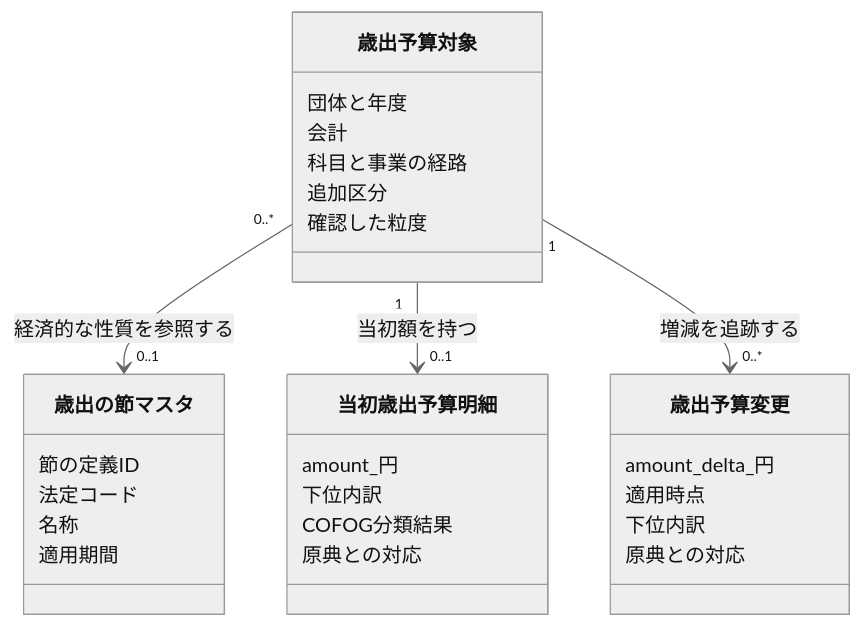
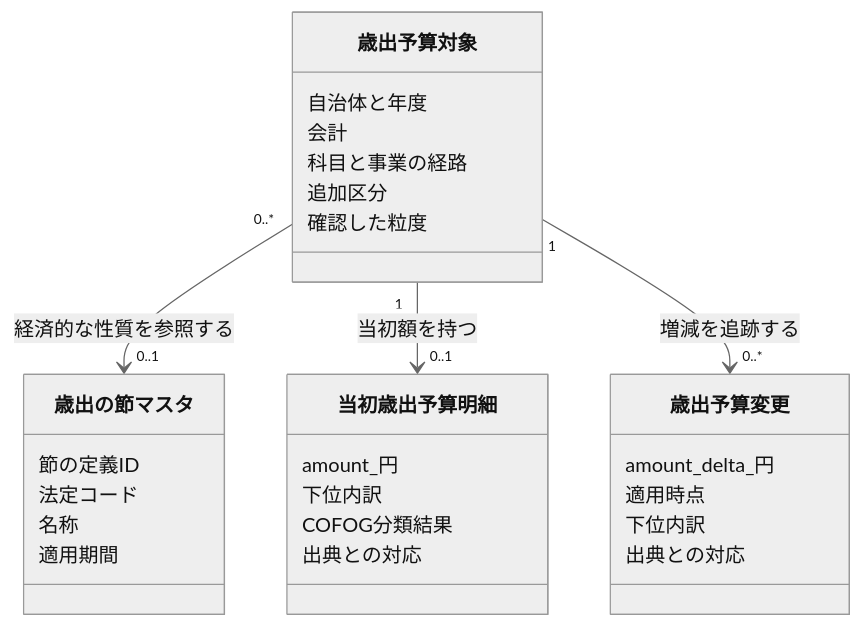
The second of 2 diagrams in docs/prd/fiscal-records/fiscal-domain-model.md (fudoki-hensansitu/fudoki), drawn with Mermaid (neutral theme) before and after one commit. The commit also changed other lines of this file and 203 other files, not shown here.

````diff
--- a/docs/prd/fiscal-records/fiscal-domain-model.md
+++ b/docs/prd/fiscal-records/fiscal-domain-model.md
@@ -79,31 +79,31 @@
 ```mermaid
 classDiagram
     class ExpenditureSetsuMaster["歳出の節マスタ"] {
         節の定義ID
         法定コード
         名称
         適用期間
     }
     class ExpenditureBudgetItem["歳出予算対象"] {
-        団体と年度
+        自治体と年度
         会計
         科目と事業の経路
         追加区分
         確認した粒度
     }
     class InitialExpenditureBudgetLine["当初歳出予算明細"] {
         amount_円
         下位内訳
         COFOG分類結果
-        原典との対応
+        出典との対応
     }
     class ExpenditureBudgetChange["歳出予算変更"] {
         amount_delta_円
         適用時点
         下位内訳
-        原典との対応
+        出典との対応
     }
     ExpenditureBudgetItem "0..*" --> "0..1" ExpenditureSetsuMaster : 経済的な性質を参照する
     ExpenditureBudgetItem "1" --> "0..1" InitialExpenditureBudgetLine : 当初額を持つ
     ExpenditureBudgetItem "1" --> "0..*" ExpenditureBudgetChange : 増減を追跡する
 ```
````
